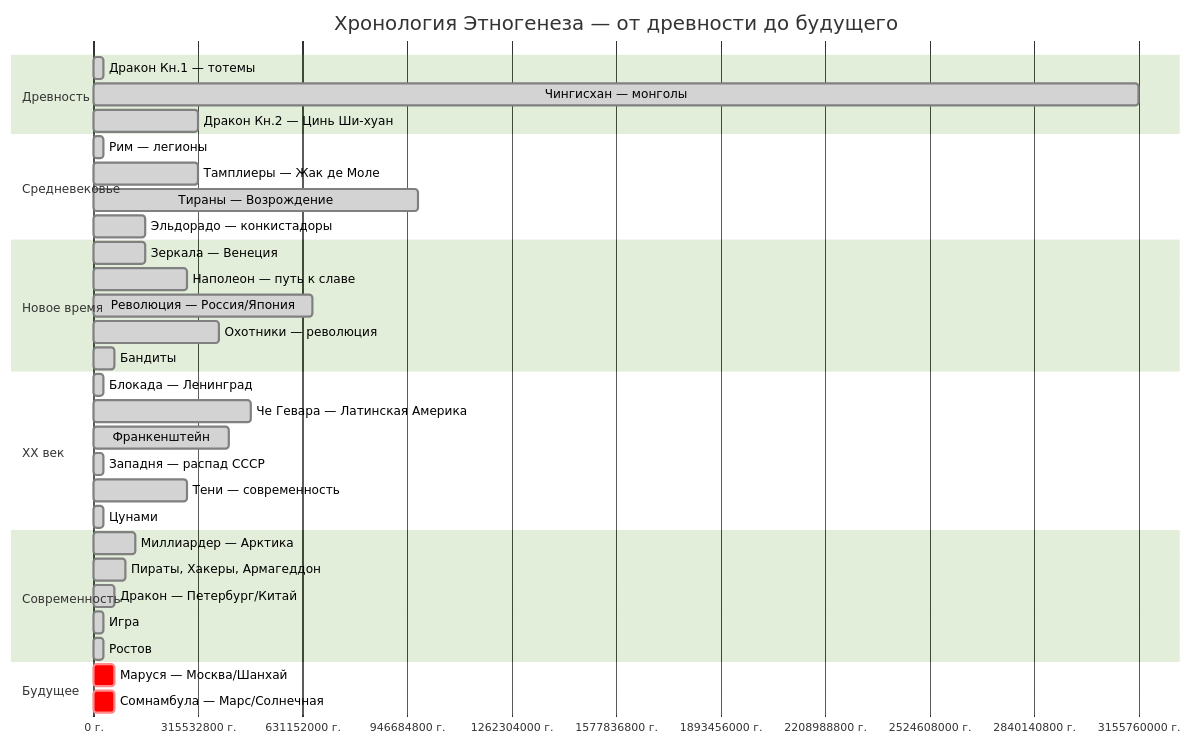
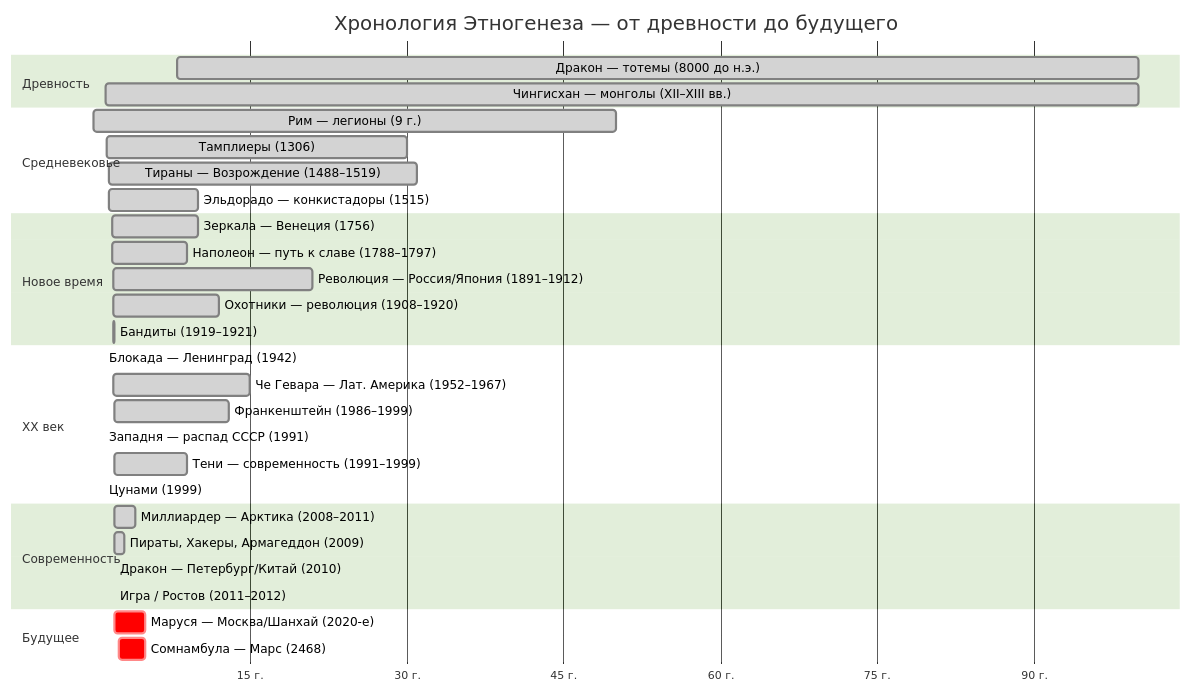
Before and after one commit to MonteCristo125/ObsidianStorages: the seventh of 9 diagrams in Voults/Мой мозг/Прочитанные книги/Этногенез — полная карта серии.md, drawn with Mermaid (forest theme). The commit also changed other lines of this file and 2 other files, not shown here.

````diff
--- a/Voults/Мой мозг/Прочитанные книги/Этногенез — полная карта серии.md
+++ b/Voults/Мой мозг/Прочитанные книги/Этногенез — полная карта серии.md
@@ -167,44 +214,41 @@
 ```mermaid
 gantt
     title Хронология Этногенеза — от древности до будущего
     dateFormat X
     axisFormat %s г.
-    tickInterval 1year
 
     section Древность
-        Дракон Кн.1 — тотемы         :done, d1, 8000, 1y
-        Чингисхан — монголы          :done, d2, 1200, 100y
-        Дракон Кн.2 — Цинь Ши-хуан  :done, d3, -200, 10y
+        Дракон — тотемы (8000 до н.э.)       :done, d1, 8000, 100
+        Чингисхан — монголы (XII–XIII вв.)   :done, d2, 1200, 100
 
     section Средневековье
-        Рим — легионы                :done, r1, 9, 1y
-        Тамплиеры — Жак де Моле      :done, t1, 1306, 10y
-        Тираны — Возрождение         :done, ty1, 1488, 31y
-        Эльдорадо — конкистадоры     :done, el1, 1515, 5y
+        Рим — легионы (9 г.)                  :done, r1, 9, 50
+        Тамплиеры (1306)                      :done, t1, 1306, 30
+        Тираны — Возрождение (1488–1519)      :done, ty1, 1488, 31
+        Эльдорадо — конкистадоры (1515)       :done, el1, 1515, 10
 
     section Новое время
-        Зеркала — Венеция            :done, z1, 1756, 5y
-        Наполеон — путь к славе      :done, n1, 1788, 9y
-        Революция — Россия/Япония    :done, rv1, 1891, 21y
-        Охотники — революция         :done, oh1, 1908, 12y
-        Бандиты                      :done, ba1, 1919, 2y
+        Зеркала — Венеция (1756)              :done, z1, 1756, 10
+        Наполеон — путь к славе (1788–1797)   :done, n1, 1788, 9
+        Революция — Россия/Япония (1891–1912) :done, rv1, 1891, 21
+        Охотники — революция (1908–1920)      :done, oh1, 1908, 12
+        Бандиты (1919–1921)                   :done, ba1, 1919, 2
 
     section XX век
-        Блокада — Ленинград          :done, b1, 1942, 1y
-        Че Гевара — Латинская Америка :done, cg1, 1952, 15y
-        Франкенштейн                 :done, fr1, 1986, 13y
-        Западня — распад СССР        :done, zp1, 1991, 1y
-        Тени — современность         :done, tn1, 1991, 9y
-        Цунами                       :done, ts1, 1999, 1y
+        Блокада — Ленинград (1942)            :done, b1, 1942, 1
+        Че Гевара — Лат. Америка (1952–1967)  :done, cg1, 1952, 15
+        Франкенштейн (1986–1999)              :done, fr1, 1986, 13
+        Западня — распад СССР (1991)          :done, zp1, 1991, 1
+        Тени — современность (1991–1999)      :done, tn1, 1991, 9
+        Цунами (1999)                         :done, ts1, 1999, 1
 
     section Современность
-        Миллиардер — Арктика         :done, ml1, 2008, 4y
-        Пираты, Хакеры, Армагеддон   :done, ph1, 2009, 3y
-        Дракон — Петербург/Китай     :done, dk1, 2010, 2y
-        Игра                         :done, ig1, 2011, 1y
-        Ростов                       :done, rs1, 2012, 1y
+        Миллиардер — Арктика (2008–2011)      :done, ml1, 2008, 4
+        Пираты, Хакеры, Армагеддон (2009)     :done, ph1, 2009, 3
+        Дракон — Петербург/Китай (2010)       :done, dk1, 2010, 2
+        Игра / Ростов (2011–2012)             :done, ig1, 2011, 2
 
     section Будущее
-        Маруся — Москва/Шанхай       :crit, ms1, 2020, 2y
-        Сомнамбула — Марс/Солнечная  :crit, sn1, 2468, 2y
+        Маруся — Москва/Шанхай (2020-е)       :crit, ms1, 2020, 5
+        Сомнамбула — Марс (2468)              :crit, sn1, 2468, 5
 ```
````
